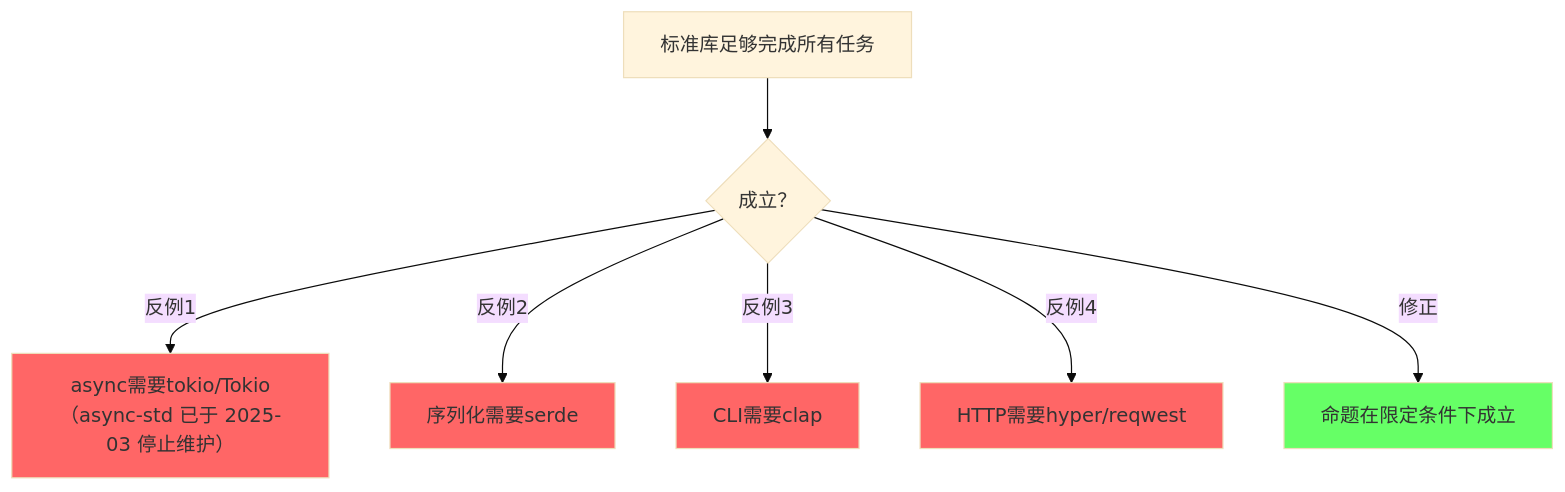
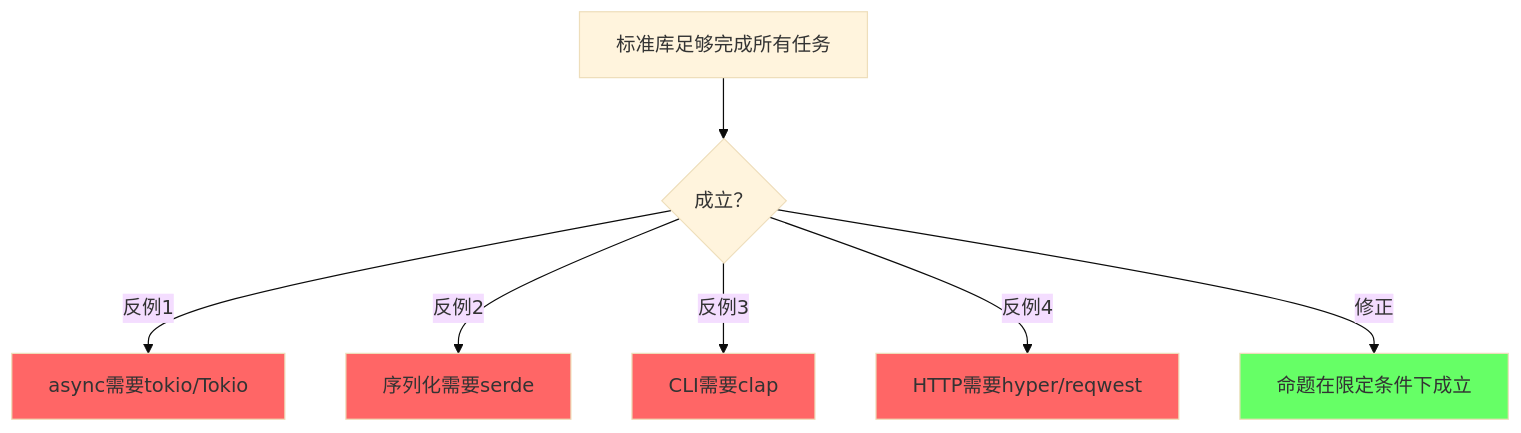
One commit to martin-ly/rust-lang changed the fourth of 6 diagrams in concept/06_ecosystem/03_core_crates.md. Above: the diagram before and after it, drawn with Mermaid (base theme). The commit also changed other lines of this file and 1625 other files, not shown here.

````diff
--- a/concept/06_ecosystem/03_core_crates.md
+++ b/concept/06_ecosystem/03_core_crates.md
@@ -917,27 +920,27 @@
 ```mermaid
 
 graph TD
 
     P1["标准库足够完成所有任务"] --> Q{成立？}
 
-    Q -->|反例1| C1_0["async需要tokio/Tokio（async-std 已于 2025-03 停止维护）"]
+    Q -->|反例1| C1_0["async需要tokio/Tokio"]
 
     style C1_0 fill:#f66
 
     Q -->|反例2| C1_1["序列化需要serde"]
 
     style C1_1 fill:#f66
 
     Q -->|反例3| C1_2["CLI需要clap"]
 
     style C1_2 fill:#f66
 
     Q -->|反例4| C1_3["HTTP需要hyper/reqwest"]
 
     style C1_3 fill:#f66
 
     Q -->|修正| T1["命题在限定条件下成立"]
 
     style T1 fill:#6f6
 
 ```
````
